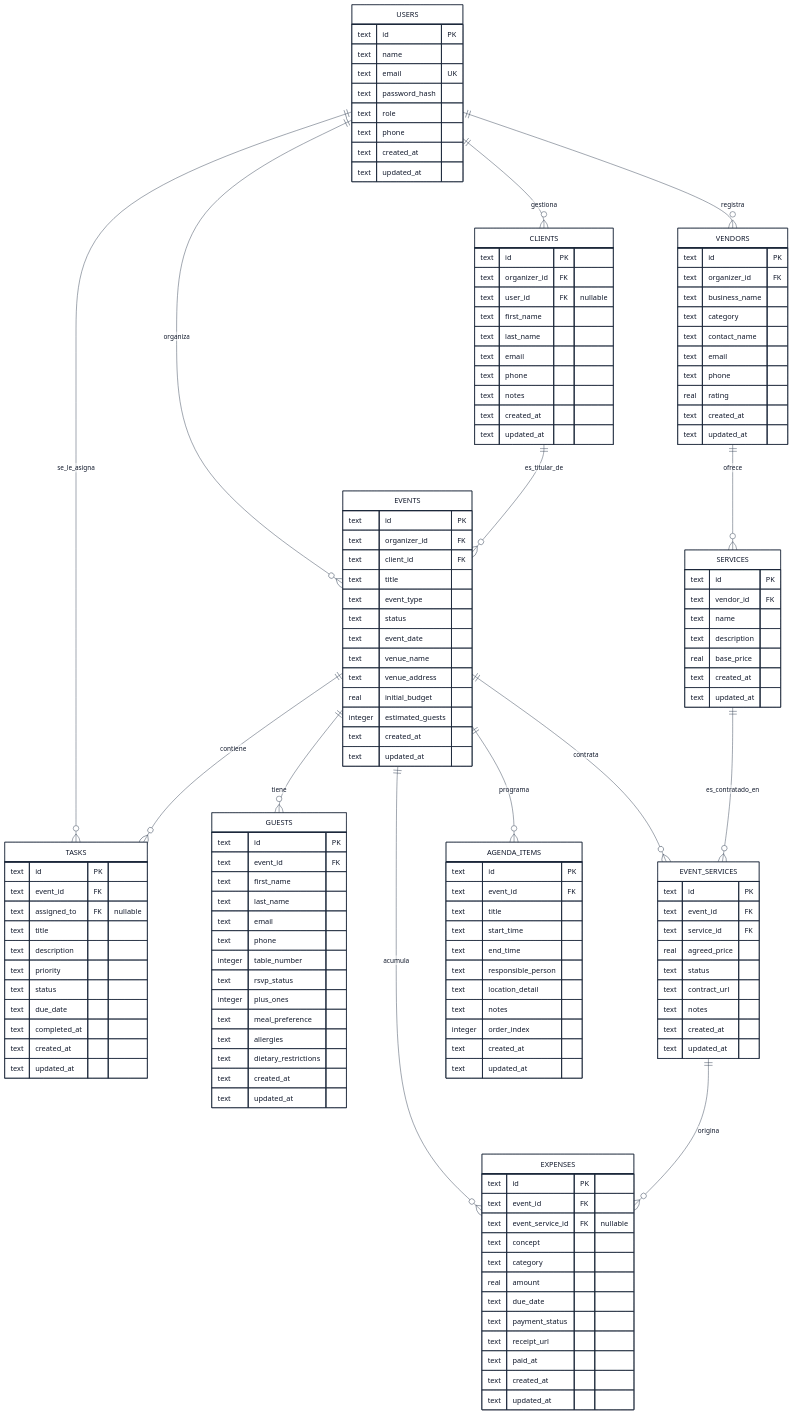
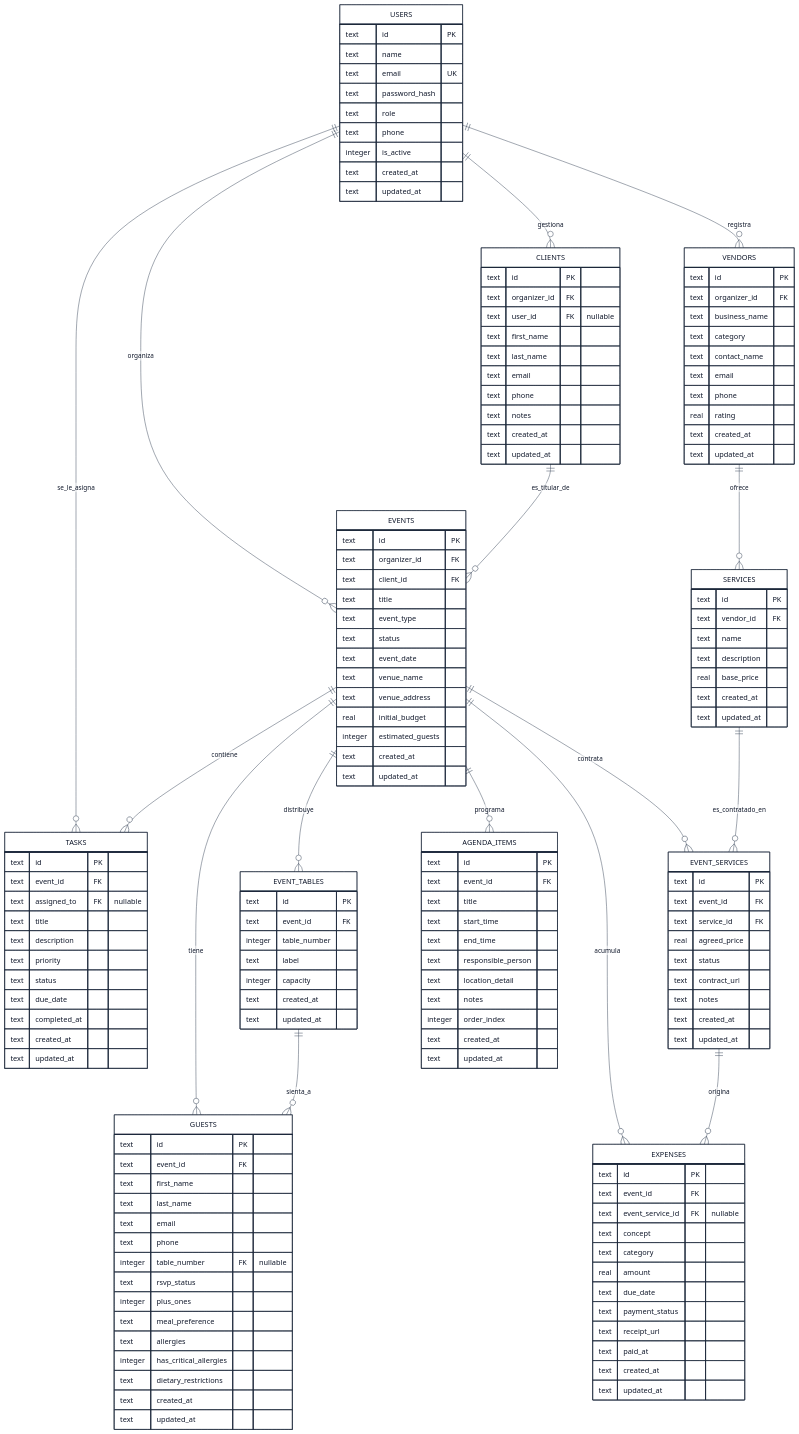
Before and after one commit to Federico2003/GestionEventos: the diagram in docs/database-model.md, drawn with Mermaid. The commit also changed other lines of this file and 13 other files, not shown here.

```diff
--- a/docs/database-model.md
+++ b/docs/database-model.md
@@ -32,6 +32,8 @@
     CLIENTS ||--o{ EVENTS : "es_titular_de"
     
     EVENTS ||--o{ GUESTS : "tiene"
+    EVENTS ||--o{ EVENT_TABLES : "distribuye"
+    EVENT_TABLES ||--o{ GUESTS : "sienta_a"
     EVENTS ||--o{ EVENT_SERVICES : "contrata"
     SERVICES ||--o{ EVENT_SERVICES : "es_contratado_en"
     VENDORS ||--o{ SERVICES : "ofrece"
@@ -49,6 +51,7 @@
         text password_hash
         text role
         text phone
+        integer is_active
         text created_at
         text updated_at
     }
@@ -89,12 +92,23 @@
         text last_name
         text email
         text phone
-        integer table_number
+        integer table_number FK "nullable"
         text rsvp_status
         integer plus_ones
         text meal_preference
         text allergies
+        integer has_critical_allergies
         text dietary_restrictions
+        text created_at
+        text updated_at
+    }
+
+    EVENT_TABLES {
+        text id PK
+        text event_id FK
+        integer table_number
+        text label
+        integer capacity
         text created_at
         text updated_at
     }
```
